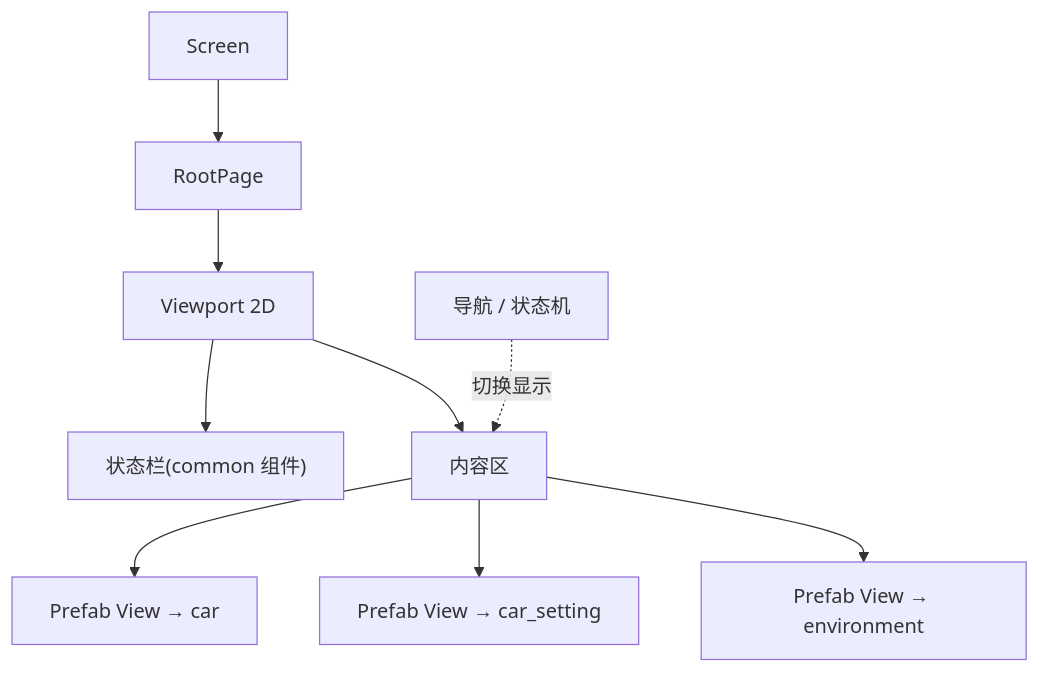
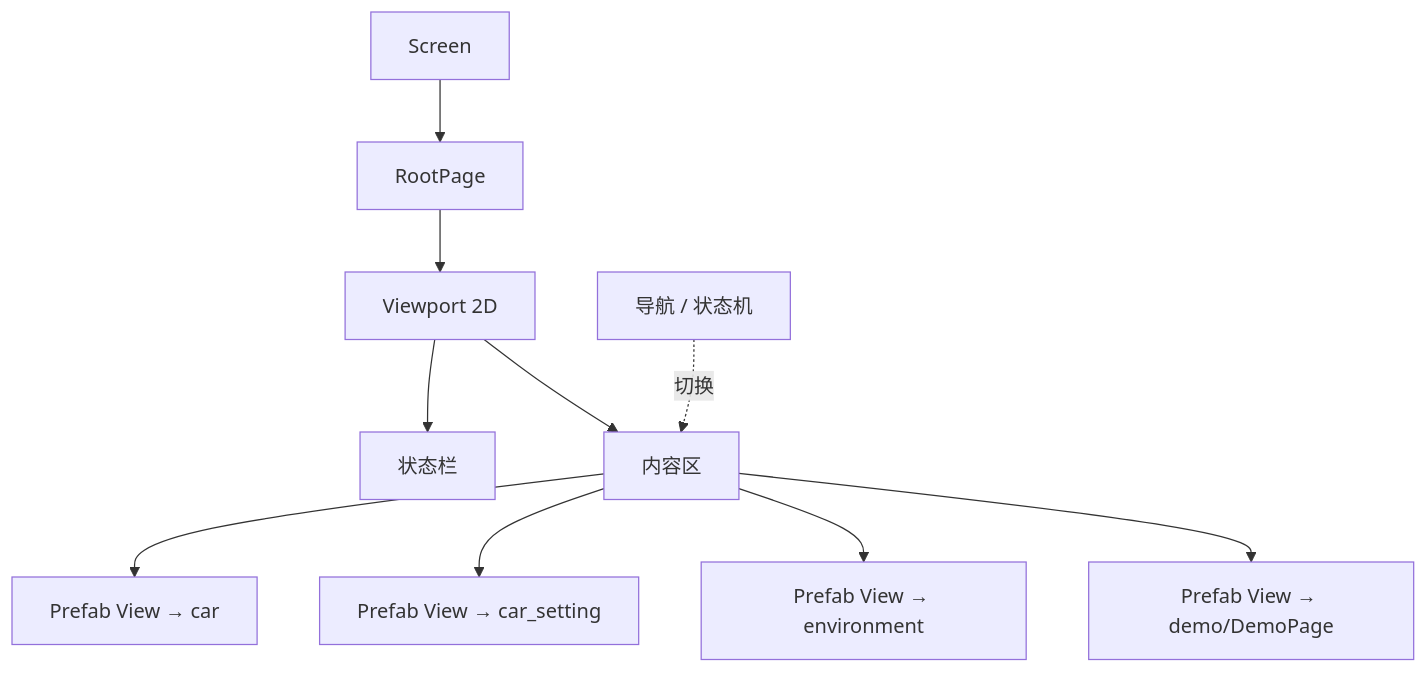
Before and after one commit to ganlong-2016/kanzi_project: the second of 3 diagrams in docs/architecture.md, drawn with Mermaid. The commit also changed other lines of this file and 12 other files, not shown here.

First line of the commit message:
refactor: move UI components from common to demo

````diff
--- a/docs/architecture.md
+++ b/docs/architecture.md
@@ -60,10 +66,11 @@
 ```mermaid
 flowchart TB
     Screen --> RootPage --> Viewport["Viewport 2D"]
-    Viewport --> StatusBar["状态栏(common 组件)"]
+    Viewport --> StatusBar["状态栏"]
     Viewport --> Content["内容区"]
     Content --> PV1["Prefab View → car"]
     Content --> PV2["Prefab View → car_setting"]
     Content --> PV3["Prefab View → environment"]
-    Nav["导航 / 状态机"] -.切换显示.-> Content
+    Content --> PV4["Prefab View → demo/DemoPage"]
+    Nav["导航 / 状态机"] -.切换.-> Content
 ```
````
